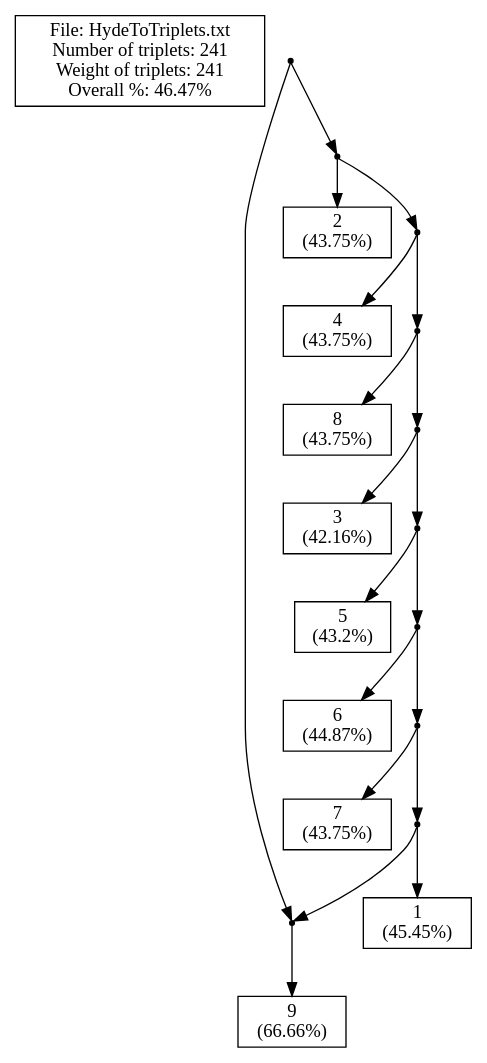
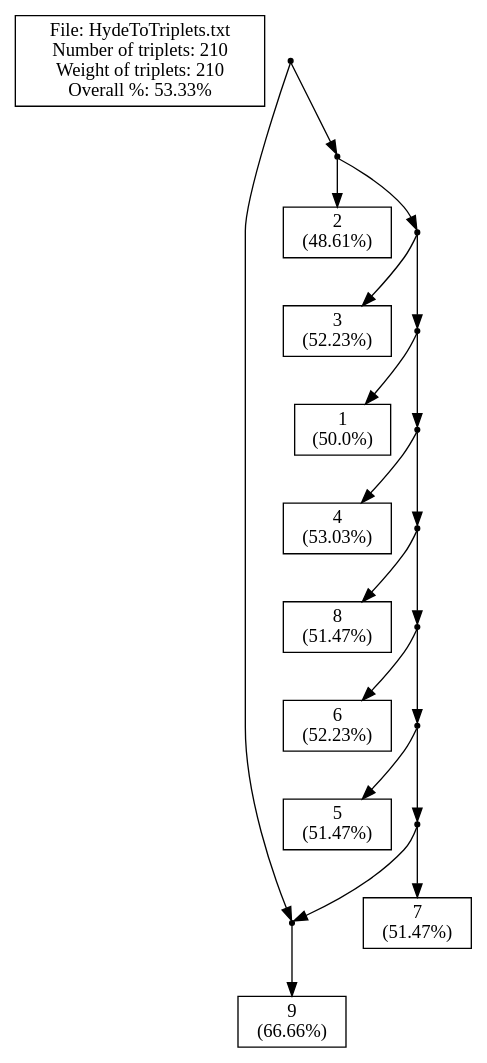
One commit to solislemuslab/phylo-knit changed the diagram in src/Server/cExample1.dot. Above: the diagram before and after it, drawn with Graphviz. The commit also changed 8 other files, not shown here.

```diff
--- a/src/Server/cExample1.dot
+++ b/src/Server/cExample1.dot
@@ -1,66 +1,66 @@
 // LEV1ATHAN Version 1.0, 21 september 2009
 // COMMENT: Pre-processing the input file to count the leaves
 // COMMENT: Pre-processing showed that there are 9 leaves in the input.
 // SUMMARY: Input had 9 leaves.
 // USER-SETTING: Will *not* post-process output to collapse edges.
 // COMMENT: Triplet set is already dense.
-// SUMMARY: There are 241 triplets in the input.
-// SUMMARY: Total weight of input triplets is 241.
+// SUMMARY: There are 210 triplets in the input.
+// SUMMARY: Total weight of input triplets is 210.
 // SUMMARY: (Before post-processing)
-// SUMMARY: We got 112 units of triplet weight, that's 46.47% of total weight.
-// SUMMARY: In total 129 units of triplet weight were -not- consistent with the ouput network.
+// SUMMARY: We got 112 units of triplet weight, that's 53.33% of total weight.
+// SUMMARY: In total 98 units of triplet weight were -not- consistent with the ouput network.
 // SUMMARY: Output network contained 0 triplets -not- in the original input.
-// SUMMARY: The symmetric difference is thus 129 + (1 * 0) = 129
+// SUMMARY: The symmetric difference is thus 98 + (1 * 0) = 98
 // SUMMARY: (After post-processing)
 strict digraph G1 {
 edge [fontsize=8]
-labelbox [shape=box, width=0.4, label="File: HydeToTriplets.txt\nNumber of triplets: 241\nWeight of triplets: 241\nOverall %: 46.47%"];
+labelbox [shape=box, width=0.4, label="File: HydeToTriplets.txt\nNumber of triplets: 210\nWeight of triplets: 210\nOverall %: 53.33%"];
 1000 [shape=point];
 1001 [shape=point];
 9 [shape=box, width=0.3, label="9\n(66.66%)"];
 1003 [shape=point];
-1 [shape=box, width=0.3, label="2\n(43.75%)"];
+1 [shape=box, width=0.3, label="2\n(48.61%)"];
 1005 [shape=point];
-4 [shape=box, width=0.3, label="4\n(43.75%)"];
+3 [shape=box, width=0.3, label="3\n(52.23%)"];
 1007 [shape=point];
-8 [shape=box, width=0.3, label="8\n(43.75%)"];
+2 [shape=box, width=0.3, label="1\n(50.0%)"];
 1009 [shape=point];
-3 [shape=box, width=0.3, label="3\n(42.16%)"];
+4 [shape=box, width=0.3, label="4\n(53.03%)"];
 1011 [shape=point];
-5 [shape=box, width=0.3, label="5\n(43.2%)"];
+8 [shape=box, width=0.3, label="8\n(51.47%)"];
 1013 [shape=point];
-6 [shape=box, width=0.3, label="6\n(44.87%)"];
+6 [shape=box, width=0.3, label="6\n(52.23%)"];
 1015 [shape=point];
-7 [shape=box, width=0.3, label="7\n(43.75%)"];
+5 [shape=box, width=0.3, label="5\n(51.47%)"];
 1017 [shape=point];
-2 [shape=box, width=0.3, label="1\n(45.45%)"];
+7 [shape=box, width=0.3, label="7\n(51.47%)"];
 1000 -> 1001
 1000 -> 1003
 1001 -> 9
 1003 -> 1
 1003 -> 1005
-1005 -> 4
+1005 -> 3
 1005 -> 1007
-1007 -> 8
+1007 -> 2
 1007 -> 1009
-1009 -> 3
+1009 -> 4
 1009 -> 1011
-1011 -> 5
+1011 -> 8
 1011 -> 1013
 1013 -> 6
 1013 -> 1015
-1015 -> 7
+1015 -> 5
 1015 -> 1017
-1017 -> 2
+1017 -> 7
 1017 -> 1001
 1001 -> 9
 }
-// SUMMARY: eNewick output: ((9)#H1,(2,(4,(8,(3,(5,(6,(7,(1,#H1)))))))));
-// SUMMARY: In total 129 units of triplet weight were -not- consistent with the ouput network.
+// SUMMARY: eNewick output: ((9)#H1,(2,(3,(1,(4,(8,(6,(5,(7,#H1)))))))));
+// SUMMARY: In total 98 units of triplet weight were -not- consistent with the ouput network.
 // SUMMARY: Output network contained 0 triplets -not- in the original input.
 // SUMMARY: Weight of missing triplets before contraction minus weight of missing triplets afterwards: 0
 // SUMMARY: Number of surplus triplets before contraction minus number of surplus triplets afterwards: 0
-// CONCLUSION: After post-processing we got 112 units of triplet weight, that's 46.47% of total weight (before post-processing this was 46.47%).
-// CONCLUSION: After post-processing the symmetric difference is thus 129 + (1 * 0) = 129 (before post-processing this was 129)
-// STAT: PERCENTAGE = 46.47
-// STAT: NETWORK-TRIPLET SD = 129
+// CONCLUSION: After post-processing we got 112 units of triplet weight, that's 53.33% of total weight (before post-processing this was 53.33%).
+// CONCLUSION: After post-processing the symmetric difference is thus 98 + (1 * 0) = 98 (before post-processing this was 98)
+// STAT: PERCENTAGE = 53.33
+// STAT: NETWORK-TRIPLET SD = 98
```
